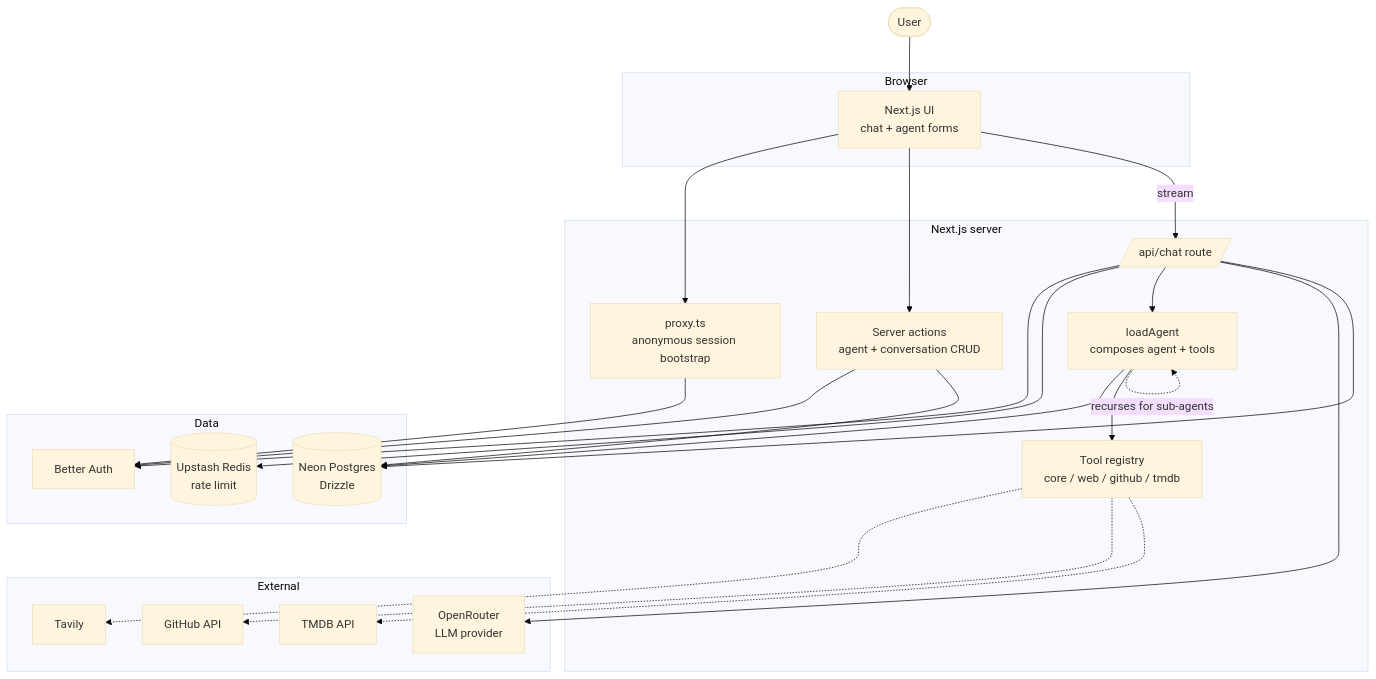
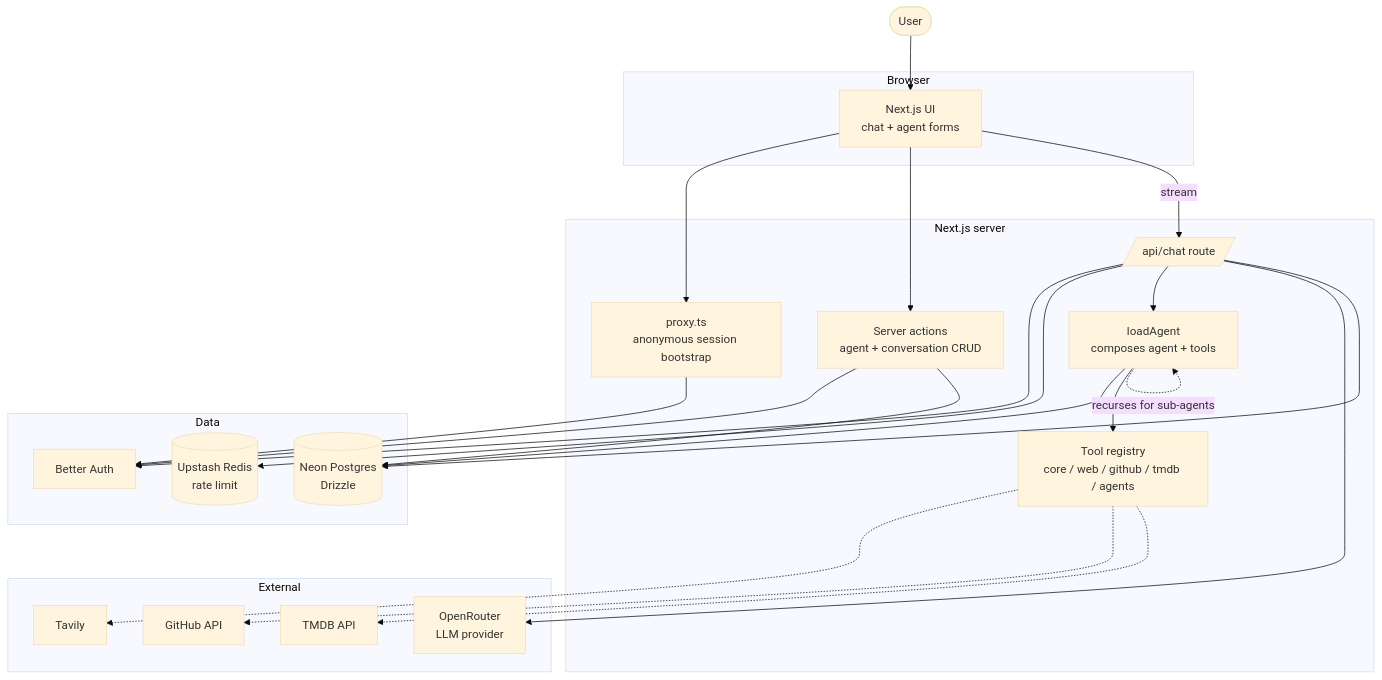
The diagram in README.md (jimmy-guzman/comal.dev), drawn with Mermaid (base theme) before and after one commit. The commit also changed other lines of this file and 1 other file, not shown here.

````diff
--- a/README.md
+++ b/README.md
@@ -13,50 +13,50 @@
 ```mermaid
 flowchart TB
   User([User])
 
   subgraph Browser
     UI[Next.js UI<br/>chat + agent forms]
   end
 
   subgraph Server[Next.js server]
     Proxy[proxy.ts<br/>anonymous session bootstrap]
     Actions[Server actions<br/>agent + conversation CRUD]
     ChatAPI[/api/chat route/]
     Loader[loadAgent<br/>composes agent + tools]
-    Registry[Tool registry<br/>core / web / github / tmdb]
+    Registry[Tool registry<br/>core / web / github / tmdb / agents]
   end
 
   subgraph External
     OpenRouter[OpenRouter<br/>LLM provider]
     Tavily[Tavily]
     GitHub[GitHub API]
     TMDB[TMDB API]
   end
 
   subgraph Data
     Neon[(Neon Postgres<br/>Drizzle)]
     Redis[(Upstash Redis<br/>rate limit)]
     Auth[Better Auth]
   end
 
   User --> UI
   UI --> Proxy
   UI --> Actions
   UI -->|stream| ChatAPI
 
   Proxy --> Auth
   Actions --> Auth
   Actions --> Neon
   ChatAPI --> Auth
   ChatAPI --> Redis
   ChatAPI --> Loader
   Loader --> Neon
   Loader --> Registry
   Loader -.->|recurses for sub-agents| Loader
   ChatAPI --> OpenRouter
   ChatAPI --> Neon
 
   Registry -.-> Tavily
   Registry -.-> GitHub
   Registry -.-> TMDB
 ```
````
